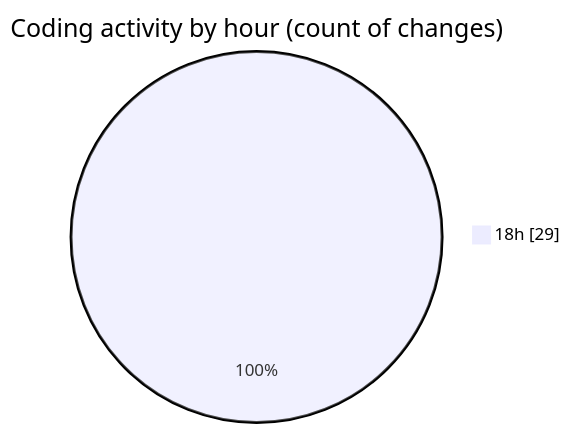
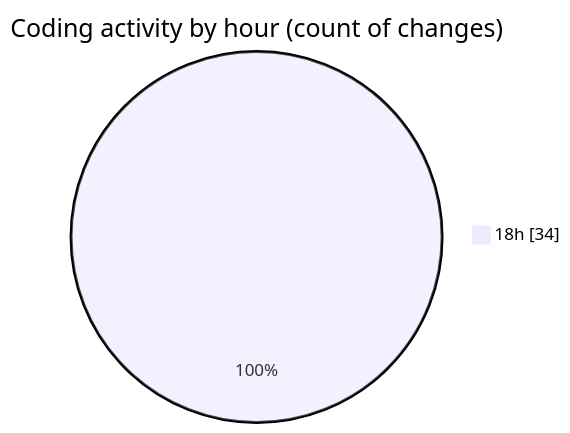
One commit to hasnaa123/code-tracking changed the second of 2 diagrams in 2025-12-28/java_basics/README.md. Above: the diagram before and after it, drawn with Mermaid. The commit also changed other lines of this file and 1 other file, not shown here.

````diff
--- a/2025-12-28/java_basics/README.md
+++ b/2025-12-28/java_basics/README.md
@@ -28,5 +28,5 @@
 ```mermaid
 pie showData
 title Coding activity by hour (count of changes)
-"18h" : 29
+"18h" : 34
 ```
````
